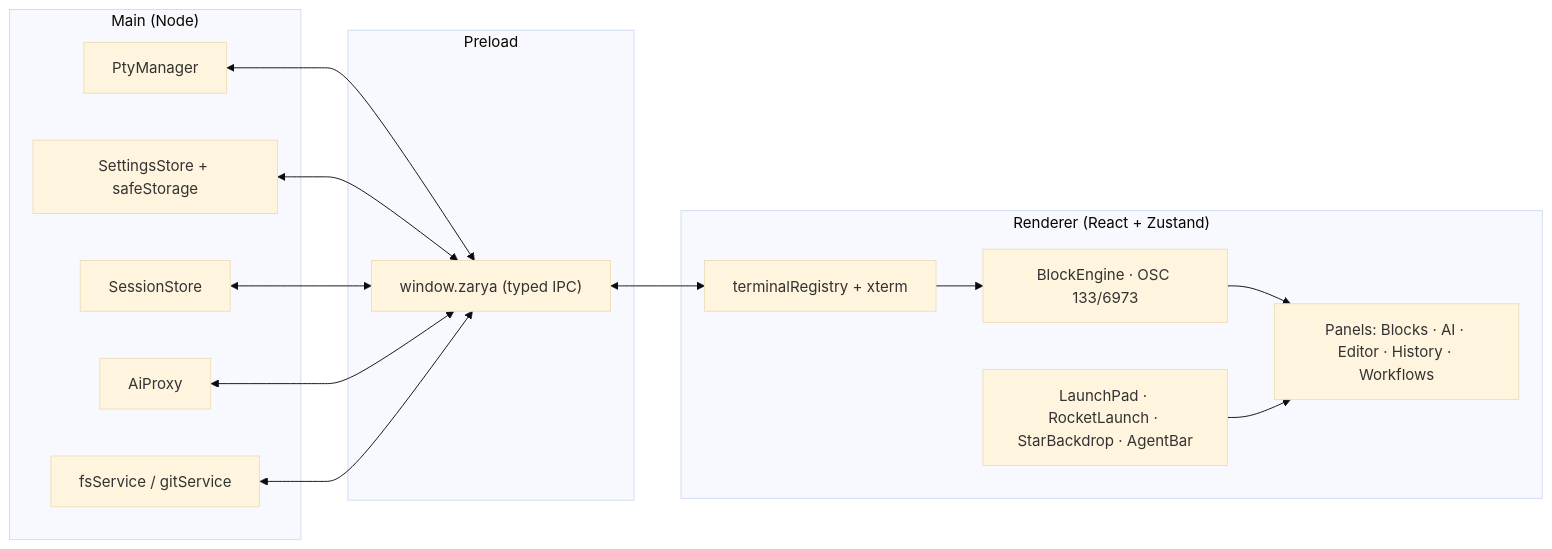
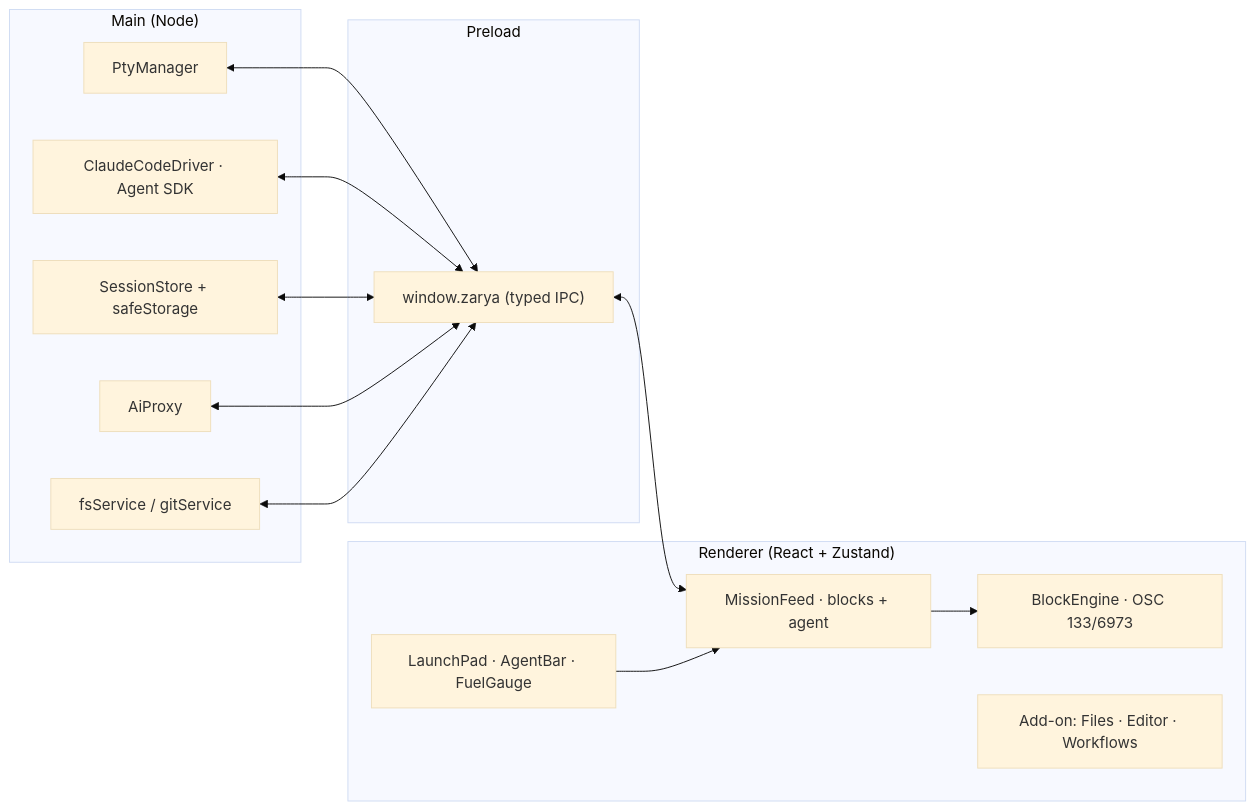
One commit to gorka2354/zarya-terminal changed the diagram in README.md. Above: the diagram before and after it, drawn with Mermaid (base theme). The commit also changed other lines of this file and 3 other files, not shown here.

First line of the commit message:
docs: rewrite README for native Claude Code + clean screenshots

````diff
--- a/README.md
+++ b/README.md
@@ -176,27 +183,27 @@
 ```mermaid
 flowchart LR
     subgraph Main["Main (Node)"]
         PTY[PtyManager]
-        SET[SettingsStore + safeStorage]
-        SESS[SessionStore]
+        CC[ClaudeCodeDriver · Agent SDK]
+        SESS[SessionStore + safeStorage]
         AI[AiProxy]
         FS[fsService / gitService]
     end
     subgraph Bridge["Preload"]
         API["window.zarya (typed IPC)"]
     end
     subgraph Renderer["Renderer (React + Zustand)"]
-        TERM[terminalRegistry + xterm]
+        FEED[MissionFeed · blocks + agent]
         BE[BlockEngine · OSC 133/6973]
-        UI[LaunchPad · RocketLaunch · StarBackdrop · AgentBar]
-        FEAT[Panels: Blocks · AI · Editor · History · Workflows]
+        UI[LaunchPad · AgentBar · FuelGauge]
+        IDE[Add-on: Files · Editor · Workflows]
     end
     PTY <--> API
-    SET <--> API
+    CC <--> API
     SESS <--> API
     AI <--> API
     FS <--> API
-    API <--> TERM
-    TERM --> BE --> FEAT
-    UI --> FEAT
+    API <--> FEED
+    FEED --> BE
+    UI --> FEED
 ```
````
